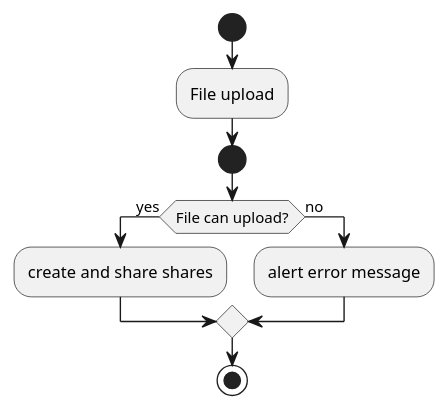
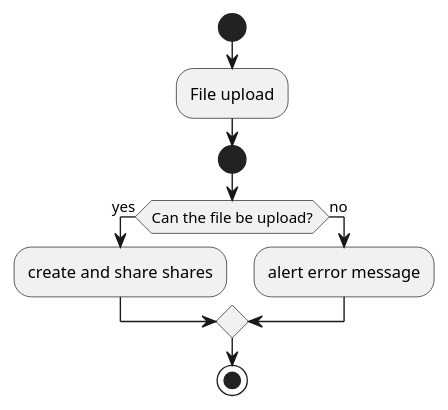
One commit to tamagoyaki-yakitamago/Himitsu_Lun changed the first of 2 diagrams in README.md. Above: the diagram before and after it, drawn with PlantUML. The commit also changed other lines of this file, not shown here.

````diff
--- a/README.md
+++ b/README.md
@@ -13,18 +13,18 @@
 ```plantuml
 @startuml
 
 start
 :File upload;
 
 start
 
-if (File can upload?) then (yes)
+if (Can the file be upload?) then (yes)
   :create and share shares;
 else (no)
   :alert error message;
 endif
 
 stop
 
 @enduml
 ```
````
